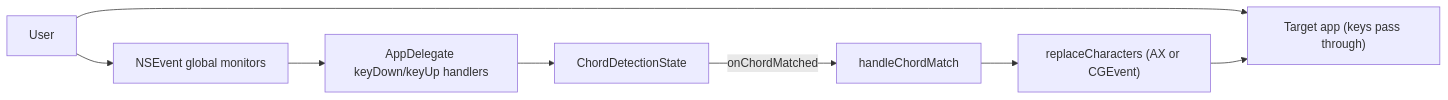
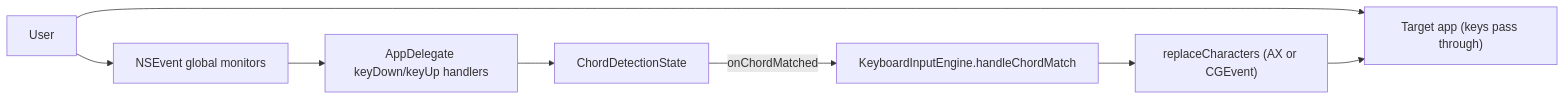
The first of 5 diagrams in docs/chord-detection-sequence-diagram.md (georgegillams/chorder), drawn with Mermaid before and after one commit. The commit also changed other lines of this file and 3 other files, not shown here.

````diff
--- a/docs/chord-detection-sequence-diagram.md
+++ b/docs/chord-detection-sequence-diagram.md
@@ -20,10 +20,10 @@
 ```mermaid
 flowchart LR
     User --> TargetApp["Target app (keys pass through)"]
     User --> Monitor["NSEvent global monitors"]
     Monitor --> AppDelegate["AppDelegate keyDown/keyUp handlers"]
     AppDelegate --> Detection["ChordDetectionState"]
-    Detection -->|"onChordMatched"| Match["handleChordMatch"]
+    Detection -->|"onChordMatched"| Match["KeyboardInputEngine.handleChordMatch"]
     Match --> Replace["replaceCharacters (AX or CGEvent)"]
     Replace --> TargetApp
 ```
````
